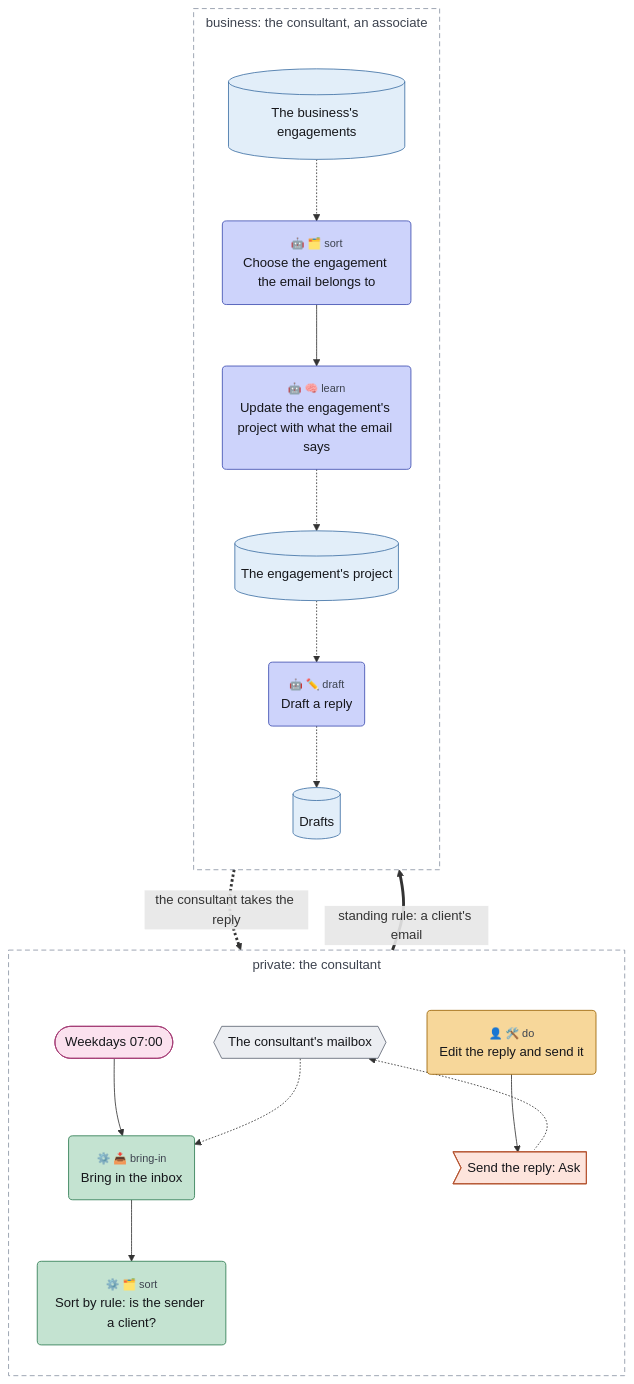
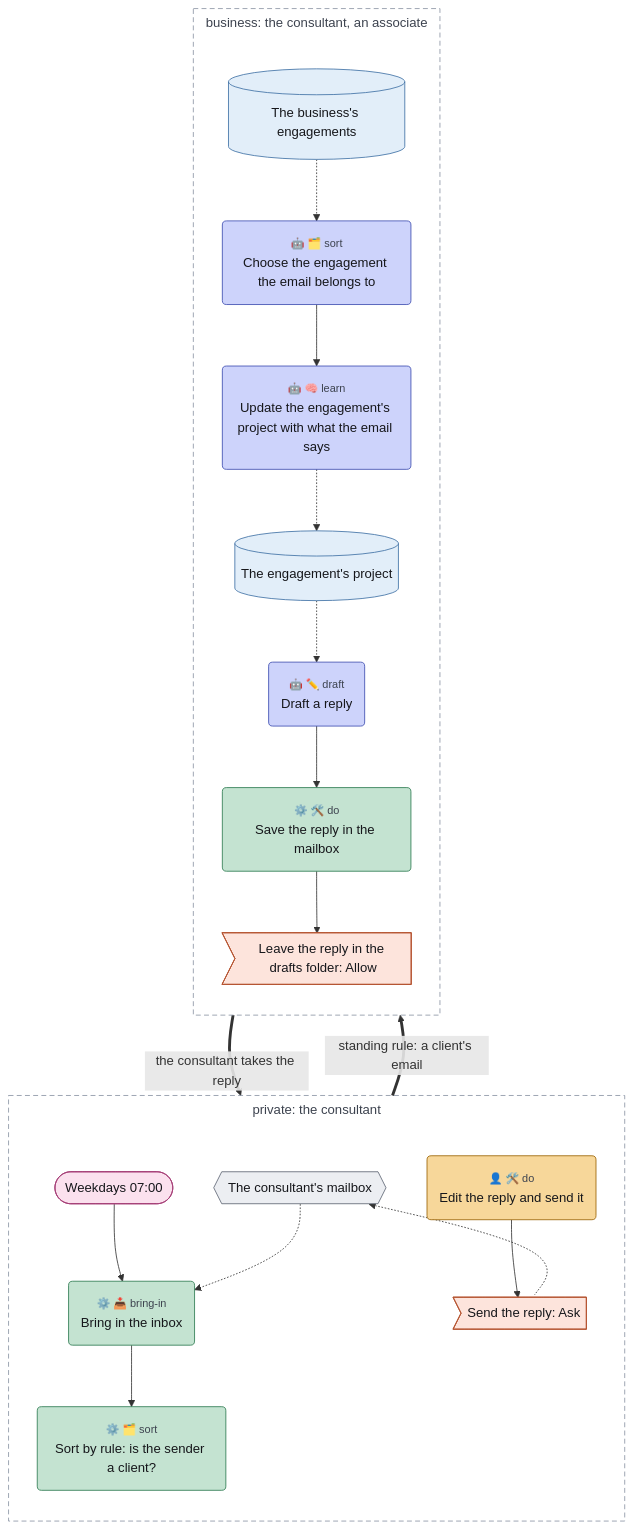
The diagram in plugins/awml/skills/awml/references/examples/client-email.mmd (chrismdp/awml), drawn with Mermaid before and after one commit. The commit also changed 14 other files, not shown here.

First line of the commit message:
Say when a draft is a context and when an Allow outside action

```diff
--- a/plugins/awml/skills/awml/references/examples/client-email.mmd
+++ b/plugins/awml/skills/awml/references/examples/client-email.mmd
@@ -1,63 +1,64 @@
 ---
 config:
   theme: default
   fontFamily: Inter, sans-serif
   flowchart:
     useMaxWidth: false
     subGraphTitleMargin:
       top: 6
       bottom: 30
 ---
 flowchart TB
   subgraph private["private#58; the consultant"]
     direction TB
     mailbox{{"The consultant#39;s mailbox"}}
     weekdays(["Weekdays 07#58;00"])
     bring("<small style='color:rgb(61,67,79)'>⚙️ 📥 bring-in</small><br>Bring in the inbox")
     rules("<small style='color:rgb(61,67,79)'>⚙️ 🗂️ sort</small><br>Sort by rule#58; is the sender a client#63;")
     edit("<small style='color:rgb(61,67,79)'>👤 🛠️ do</small><br>Edit the reply and send it")
     send>"Send the reply#58; Ask"]
   end
   subgraph business["business#58; the consultant#44; an associate"]
     direction TB
     engagements[("The business#39;s engagements")]
     choose("<small style='color:rgb(61,67,79)'>🤖 🗂️ sort</small><br>Choose the engagement the email belongs to")
     learn("<small style='color:rgb(61,67,79)'>🤖 🧠 learn</small><br>Update the engagement#39;s project with what the email says")
     project[("The engagement#39;s project")]
     draft("<small style='color:rgb(61,67,79)'>🤖 ✏️ draft</small><br>Draft a reply")
-    drafts[("Drafts")]
+    save("<small style='color:rgb(61,67,79)'>⚙️ 🛠️ do</small><br>Save the reply in the mailbox")
+    saved>"Leave the reply in the drafts folder#58; Allow"]
   end
 
   weekdays --> bring
   mailbox -.-> bring
   bring --> rules
   rules ==>|"standing rule#58; a client#39;s email"| choose
   engagements -.-> choose
   choose --> learn
   learn -.-> project
   project -.-> draft
-  draft -.-> drafts
-  drafts ==>|"the consultant takes the reply"| edit
+  draft --> save
+  save --> saved
+  saved ==>|"the consultant takes the reply"| edit
   edit --> send
   mailbox <-.-> send
   classDef trig fill:#fbe1ee,stroke:#a33a74,color:#16171b
   classDef ctx fill:#e2eef9,stroke:#3d6fa3,color:#16171b
   classDef con fill:#eceef2,stroke:#5d6472,color:#16171b
   classDef surf fill:#ffffff,stroke:#2a2d35,stroke-width:1.5px,color:#16171b
   classDef out fill:#fde4dc,stroke:#b5532f,color:#16171b
   classDef ai fill:#cdd3fb,stroke:#3b4bb0,color:#16171b
   classDef code fill:#c4e3d1,stroke:#2b7a4f,color:#16171b
   classDef person fill:#f7d79a,stroke:#9a6100,color:#16171b
   classDef uml fill:#16171b,stroke:#16171b,color:#16171b
   classDef gap fill:#ffffff,stroke:#8a93a3,stroke-dasharray:4 3,color:#6b7280
   class weekdays trig
-  class engagements,project,drafts ctx
+  class engagements,project ctx
   class mailbox con
-  class send out
+  class saved,send out
   class choose,learn,draft ai
-  class bring,rules code
+  class bring,rules,save code
   class edit person
   style private fill:transparent,stroke:#8a93a3,stroke-dasharray:6 4,color:#3d434f
   style business fill:transparent,stroke:#8a93a3,stroke-dasharray:6 4,color:#3d434f
-  linkStyle 9 stroke-dasharray:3
-  linkStyle 11 marker-end:none
+  linkStyle 12 marker-end:none
```
